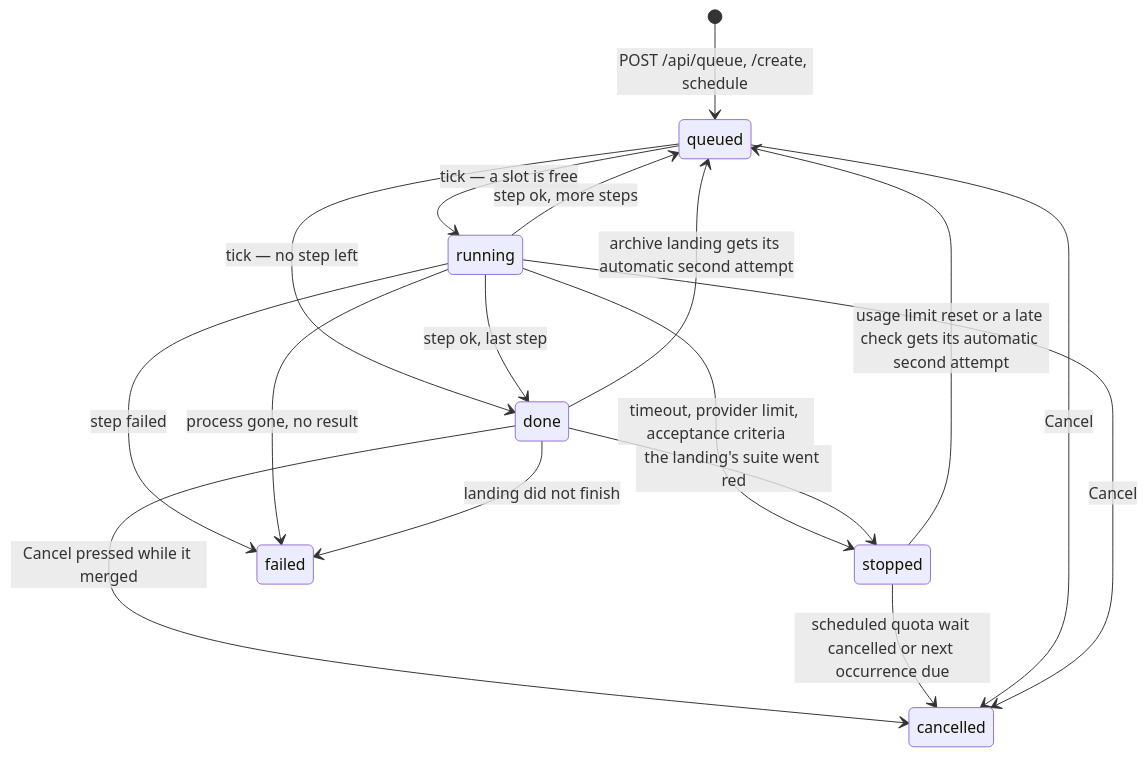
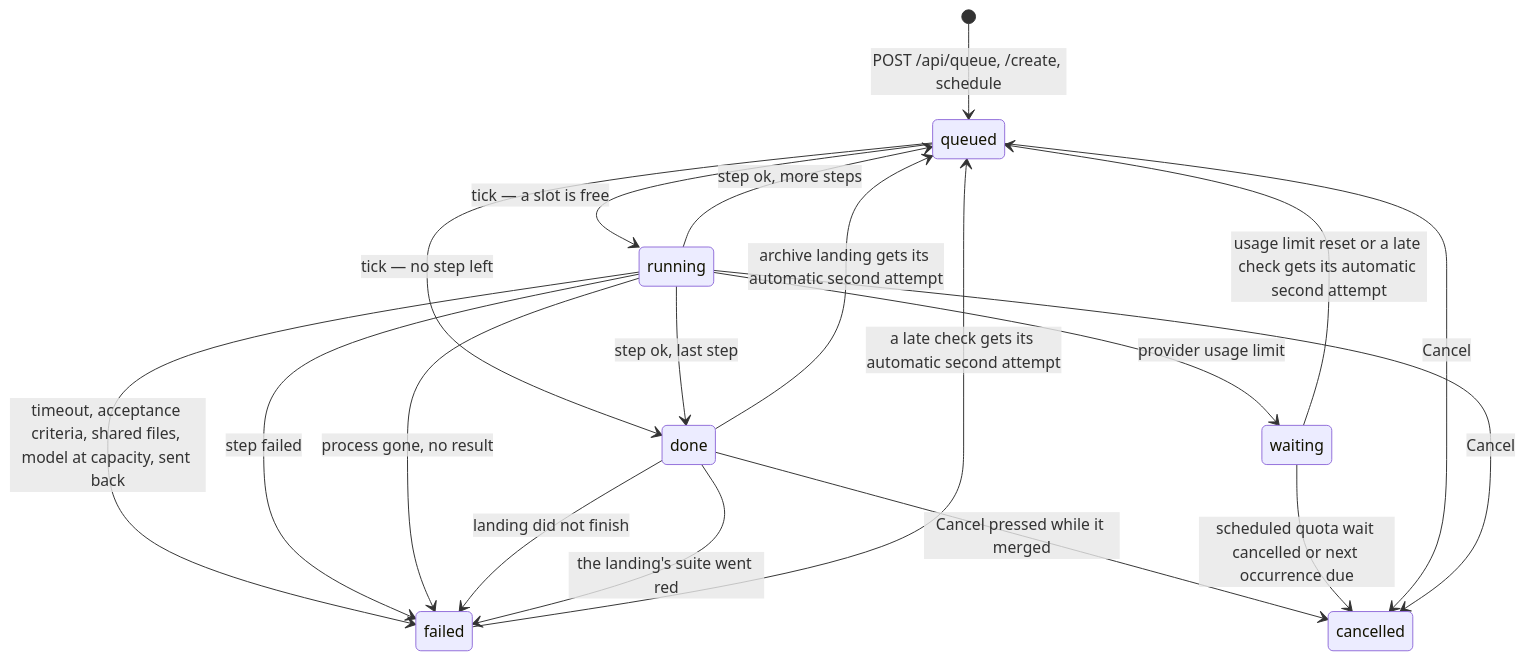
The diagram in dashboard/docs/job-states.md (ragnarwestad/aide), drawn with Mermaid before and after one commit. The commit also changed other lines of this file and 153 other files, not shown here.

````diff
--- a/dashboard/docs/job-states.md
+++ b/dashboard/docs/job-states.md
@@ -45,19 +50,21 @@
 ```mermaid
 stateDiagram-v2
     [*] --> queued: POST /api/queue, /create, schedule
     queued --> running: tick — a slot is free
     queued --> done: tick — no step left
     running --> queued: step ok, more steps
     running --> done: step ok, last step
-    running --> stopped: timeout, provider limit, acceptance criteria
+    running --> failed: timeout, acceptance criteria, shared files, model at capacity, sent back
+    running --> waiting: provider usage limit
     running --> failed: step failed
     running --> failed: process gone, no result
     done --> failed: landing did not finish
-    done --> stopped: the landing's suite went red
+    done --> failed: the landing's suite went red
     done --> queued: archive landing gets its automatic second attempt
     done --> cancelled: Cancel pressed while it merged
-    stopped --> cancelled: scheduled quota wait cancelled or next occurrence due
-    stopped --> queued: usage limit reset or a late check gets its automatic second attempt
+    waiting --> cancelled: scheduled quota wait cancelled or next occurrence due
+    waiting --> queued: usage limit reset or a late check gets its automatic second attempt
+    failed --> queued: a late check gets its automatic second attempt
     queued --> cancelled: Cancel
     running --> cancelled: Cancel
 ```
````
